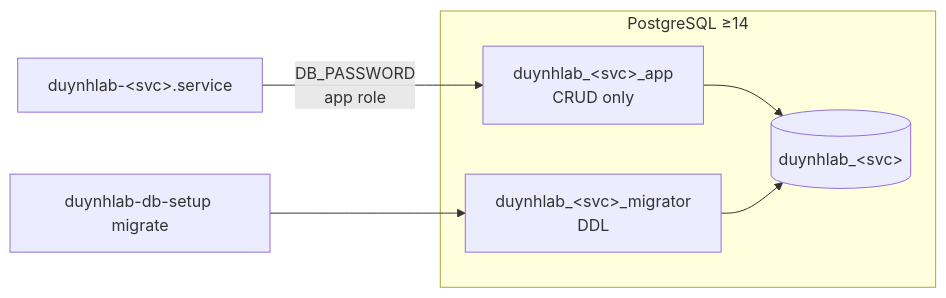
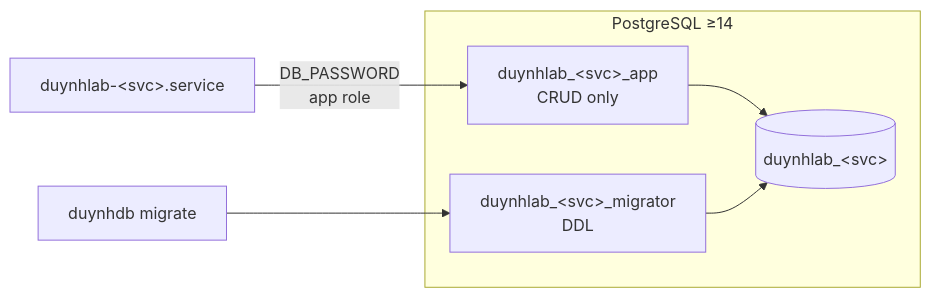
Before and after one commit to duynhlab/packages: the fourth of 4 diagrams in docs/001-architecture.md, drawn with Mermaid. The commit also changed other lines of this file and 23 other files, not shown here.

````diff
--- a/docs/001-architecture.md
+++ b/docs/001-architecture.md
@@ -185,10 +185,10 @@
 ```mermaid
 flowchart LR
   subgraph PG[PostgreSQL ≥14]
     DB[(duynhlab_&lt;svc&gt;)]
     APP[duynhlab_&lt;svc&gt;_app<br/>CRUD only]
     MIG[duynhlab_&lt;svc&gt;_migrator<br/>DDL]
   end
   RT[duynhlab-&lt;svc&gt;.service] -->|DB_PASSWORD<br/>app role| APP --> DB
-  MIGCLI[duynhlab-db-setup migrate] --> MIG --> DB
+  MIGCLI[duynhdb migrate] --> MIG --> DB
 ```
````
